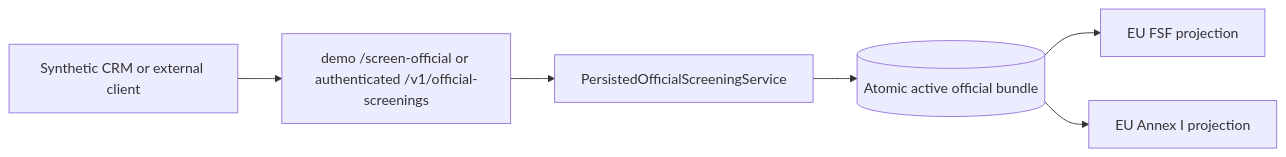
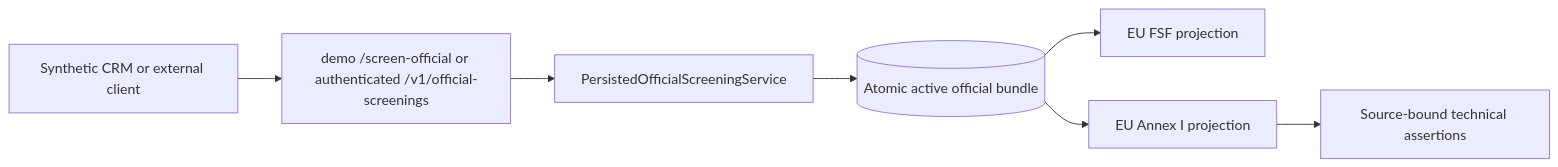
One commit to fyaic/TradeSieve changed the first of 2 diagrams in docs/architecture/integration-design.md. Above: the diagram before and after it, drawn with Mermaid. The commit also changed other lines of this file and 17 other files, not shown here.

Commit message:
feat: add source-bound dual-use technical assertions

````diff
--- a/docs/architecture/integration-design.md
+++ b/docs/architecture/integration-design.md
@@ -33,13 +34,15 @@
 ```mermaid
 flowchart LR
     CRM["Synthetic CRM or external client"]
     HTTP["demo /screen-official or authenticated /v1/official-screenings"]
     APP["PersistedOfficialScreeningService"]
     DB[("Atomic active official bundle")]
     FSF["EU FSF projection"]
     DUAL["EU Annex I projection"]
+    TECH["Source-bound technical assertions"]
 
     CRM --> HTTP --> APP --> DB
     DB --> FSF
     DB --> DUAL
+    DUAL --> TECH
 ```
````
